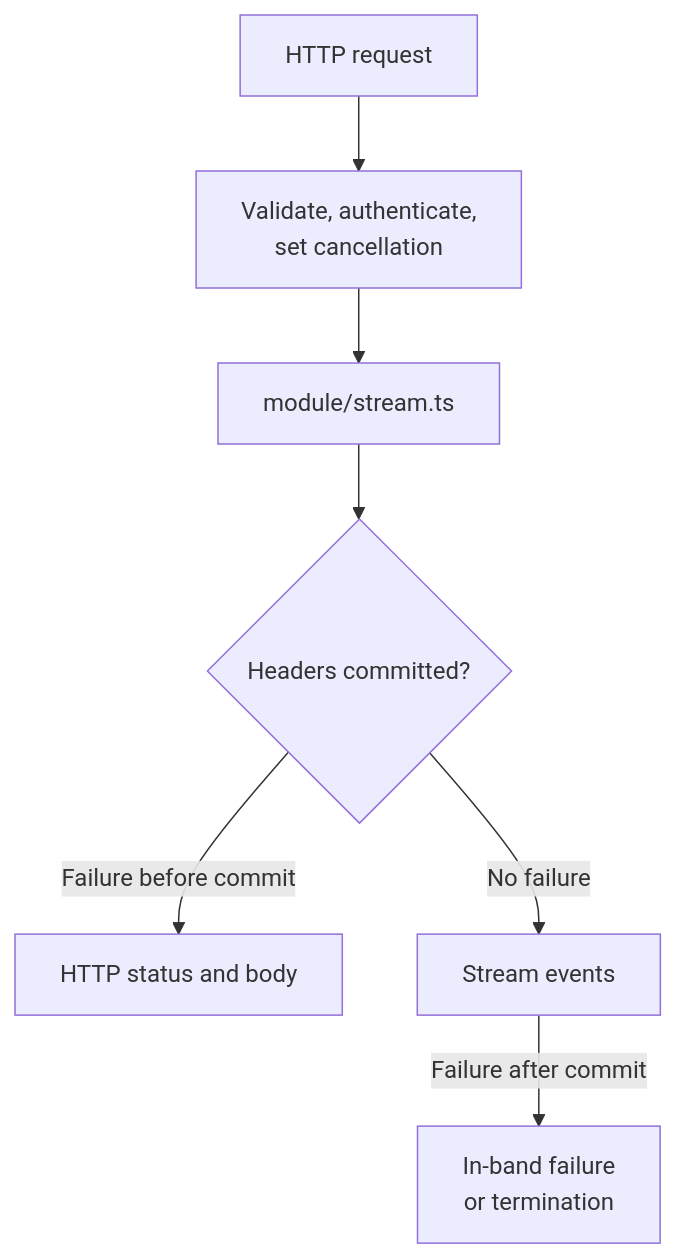
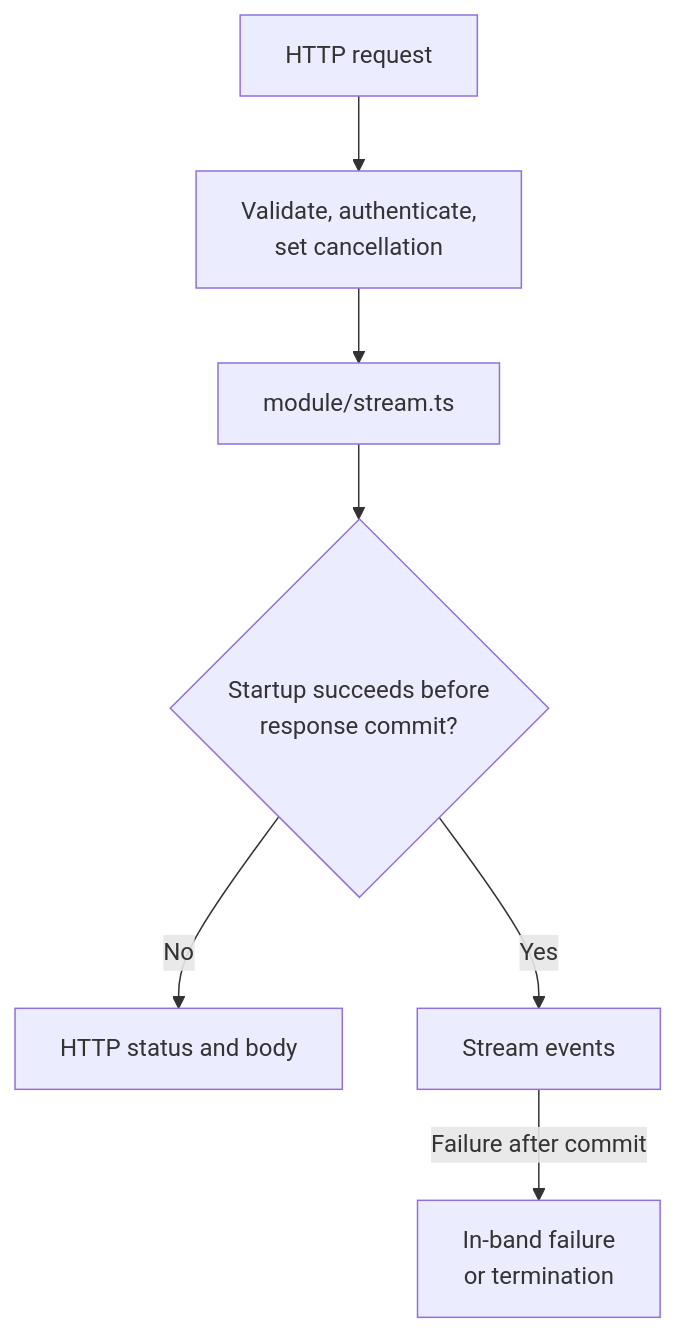
The fourth of 4 diagrams in docs/runtime-boundaries.md (clicktronix/nextjs-clean-skills), drawn with Mermaid before and after one commit. The commit also changed 34 other files, not shown here.

````diff
--- a/docs/runtime-boundaries.md
+++ b/docs/runtime-boundaries.md
@@ -174,19 +174,19 @@
 ```mermaid
 flowchart TB
   accTitle: Streaming lifecycle
   accDescr: The Route Handler validates and opens a capability stream, then committed failures become stream events or termination rather than a second HTTP response.
   Request["HTTP request"]
   Validate["Validate, authenticate,<br/>set cancellation"]
   Open["module/stream.ts"]
-  First{"Headers committed?"}
+  First{"Startup succeeds before<br/>response commit?"}
   Pre["HTTP status and body"]
   Events["Stream events"]
   Post["In-band failure<br/>or termination"]
 
   Request --> Validate
   Validate --> Open
   Open --> First
-  First -->|No failure| Events
-  First -->|Failure before commit| Pre
+  First -->|Yes| Events
+  First -->|No| Pre
   Events -->|Failure after commit| Post
 ```
````
